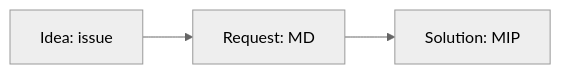
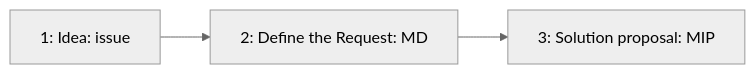
One commit to movementlabsxyz/MIP changed the first of 2 diagrams in README.md. Above: the diagram before and after it, drawn with Mermaid (neutral theme). The commit also changed other lines of this file and 2 other files, not shown here.

Commit message:
update lifecycle and add diagrams

````diff
--- a/README.md
+++ b/README.md
@@ -14,4 +23,4 @@
 ```mermaid
 graph LR
-    A[Idea: issue] --> B[Request: MD] --> C[Solution: MIP]
+    A[1: Idea: issue] --> B[2: Define the Request: MD] --> C[3: Solution proposal: MIP]
 ```
````
